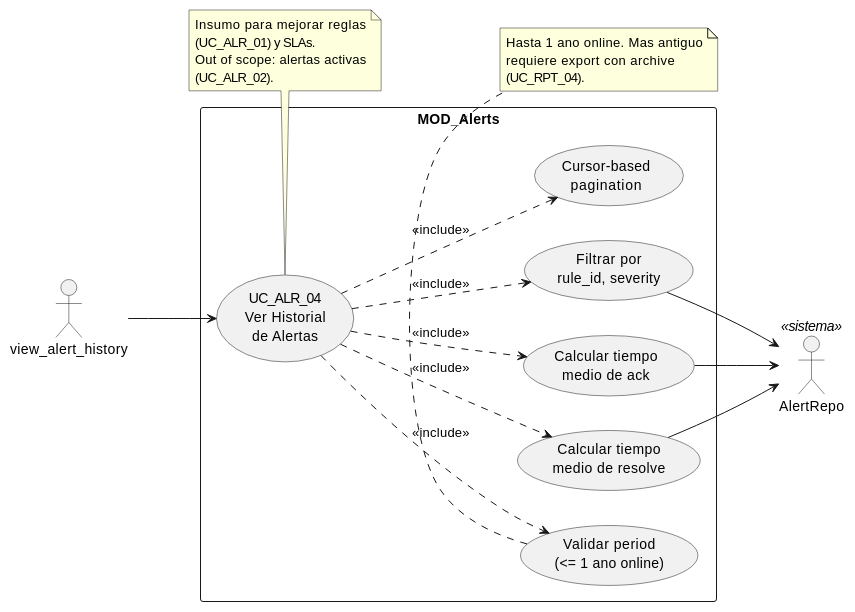
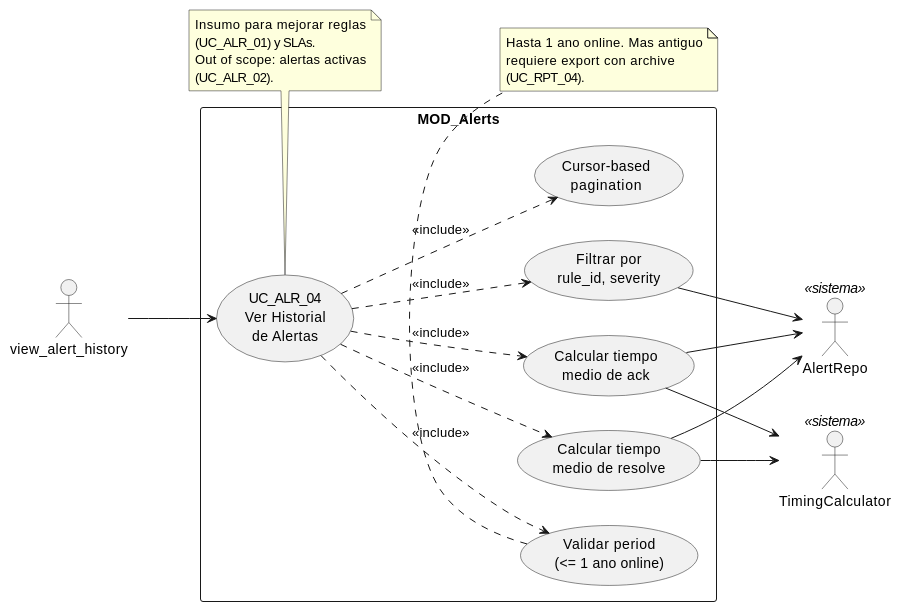
The diagram in source/requisitos/casos-uso/alerts/uc-alr-04/diagramas-uml/diagrama-de-caso-de-uso.rst (jcg-admin/IACT-docs), drawn with PlantUML before and after one commit. The commit also changed other lines of this file and 52 other files, not shown here.

```diff
--- a/source/requisitos/casos-uso/alerts/uc-alr-04/diagramas-uml/diagrama-de-caso-de-uso.rst
+++ b/source/requisitos/casos-uso/alerts/uc-alr-04/diagramas-uml/diagrama-de-caso-de-uso.rst
@@ -4,44 +4,47 @@
 .. uml::
  :caption: UC_ALR_04 — actores y casos asociados
 
  @startuml
 
  left to right direction
 
  actor "view_alert_history" as INVOKER
- actor "AlertRepo" as REPO <<sistema>>
+ actor "AlertRepo" as AR <<sistema>>
+ actor "TimingCalculator" as TC <<sistema>>
 
  rectangle "MOD_Alerts" {
    usecase "UC_ALR_04\nVer Historial\nde Alertas" as UC_ALR_04
    usecase "Validar period\n(<= 1 ano online)" as VALIDAR_PERIOD
    usecase "Filtrar por\nrule_id, severity" as FILTRAR
    usecase "Calcular tiempo\nmedio de ack" as METRICA_ACK
    usecase "Calcular tiempo\nmedio de resolve" as METRICA_RESOLVE
    usecase "Cursor-based\npagination" as PAGINACION
  }
 
  INVOKER --> UC_ALR_04
  UC_ALR_04 ..> VALIDAR_PERIOD : <<include>>
  UC_ALR_04 ..> FILTRAR : <<include>>
  UC_ALR_04 ..> METRICA_ACK : <<include>>
  UC_ALR_04 ..> METRICA_RESOLVE : <<include>>
  UC_ALR_04 ..> PAGINACION : <<include>>
 
- FILTRAR --> REPO
- METRICA_ACK --> REPO
- METRICA_RESOLVE --> REPO
+ FILTRAR --> AR
+ METRICA_ACK --> TC
+ METRICA_RESOLVE --> TC
+ METRICA_ACK --> AR
+ METRICA_RESOLVE --> AR
 
  note bottom of VALIDAR_PERIOD
    Hasta 1 ano online. Mas antiguo
    requiere export con archive
    (UC_RPT_04).
  end note
 
  note bottom of UC_ALR_04
    Insumo para mejorar reglas
    (UC_ALR_01) y SLAs.
    Out of scope: alertas activas
    (UC_ALR_02).
  end note
 
  @enduml
```
